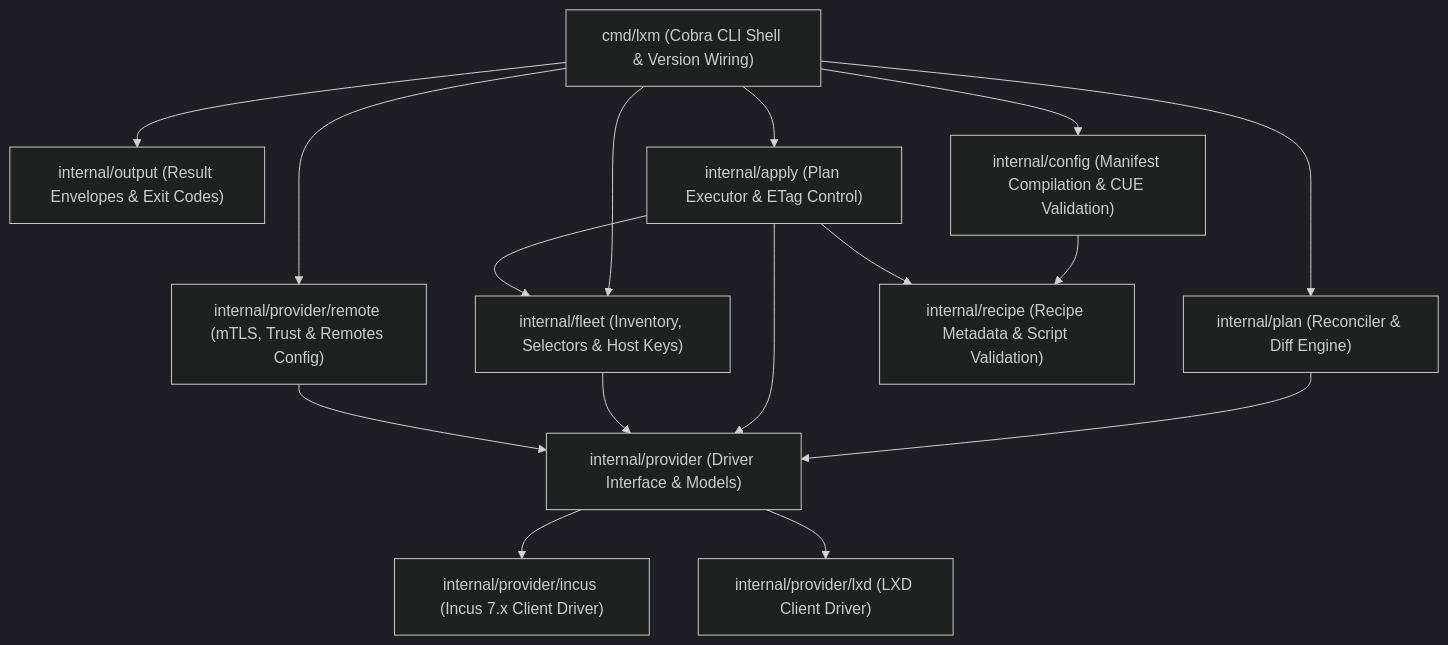
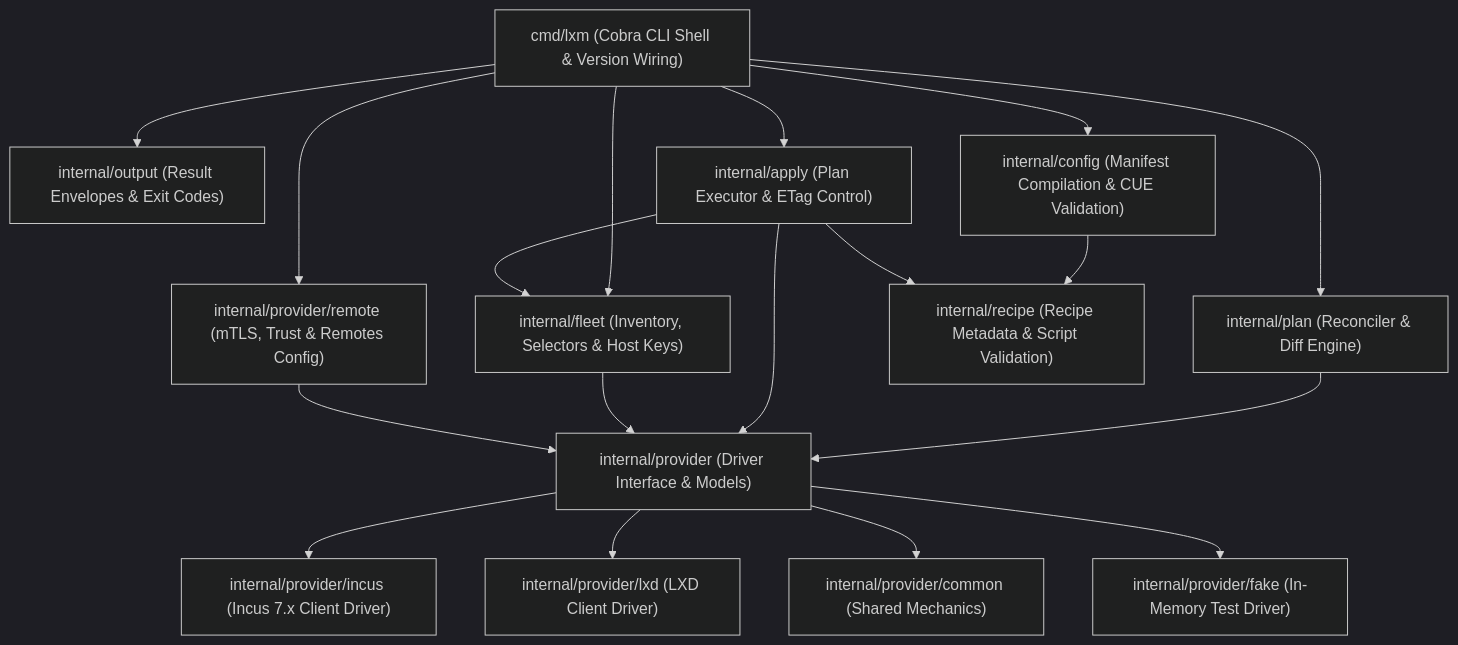
The first of 2 diagrams in ARCHITECTURE.md (aiyor/lxm), drawn with Mermaid (dark theme) before and after one commit. The commit also changed other lines of this file and 20 other files, not shown here.

````diff
--- a/ARCHITECTURE.md
+++ b/ARCHITECTURE.md
@@ -24,19 +24,21 @@
 ```mermaid
 graph TD
     CLI["cmd/lxm (Cobra CLI Shell & Version Wiring)"] --> Output["internal/output (Result Envelopes & Exit Codes)"]
     CLI --> Config["internal/config (Manifest Compilation & CUE Validation)"]
     CLI --> Fleet["internal/fleet (Inventory, Selectors & Host Keys)"]
     CLI --> Plan["internal/plan (Reconciler & Diff Engine)"]
     CLI --> Apply["internal/apply (Plan Executor & ETag Control)"]
     CLI --> Remote["internal/provider/remote (mTLS, Trust & Remotes Config)"]
 
     Config --> Recipe["internal/recipe (Recipe Metadata & Script Validation)"]
     Plan --> Provider["internal/provider (Driver Interface & Models)"]
     Apply --> Provider
     Apply --> Recipe
     Apply --> Fleet
     Fleet --> Provider
     Remote --> Provider
     Provider --> Incus["internal/provider/incus (Incus 7.x Client Driver)"]
     Provider --> LXD["internal/provider/lxd (LXD Client Driver)"]
+    Provider --> Common["internal/provider/common (Shared Mechanics)"]
+    Provider --> Fake["internal/provider/fake (In-Memory Test Driver)"]
 ```
````
